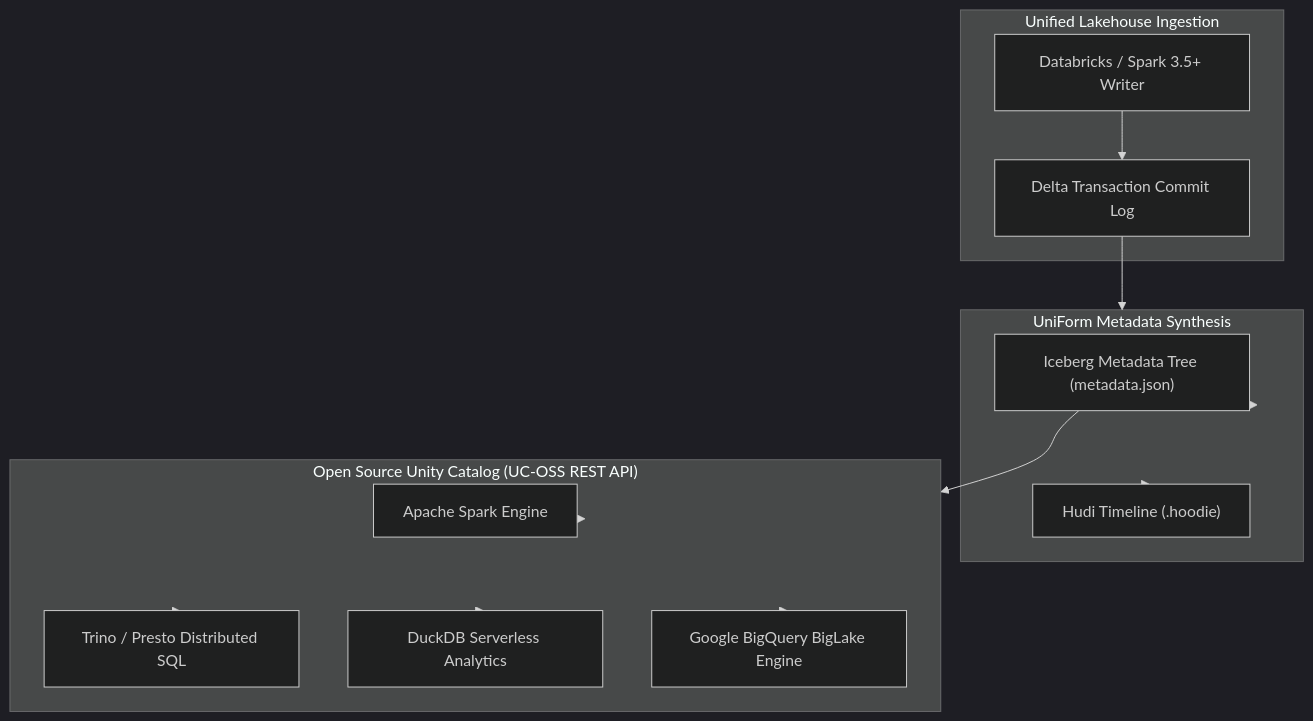
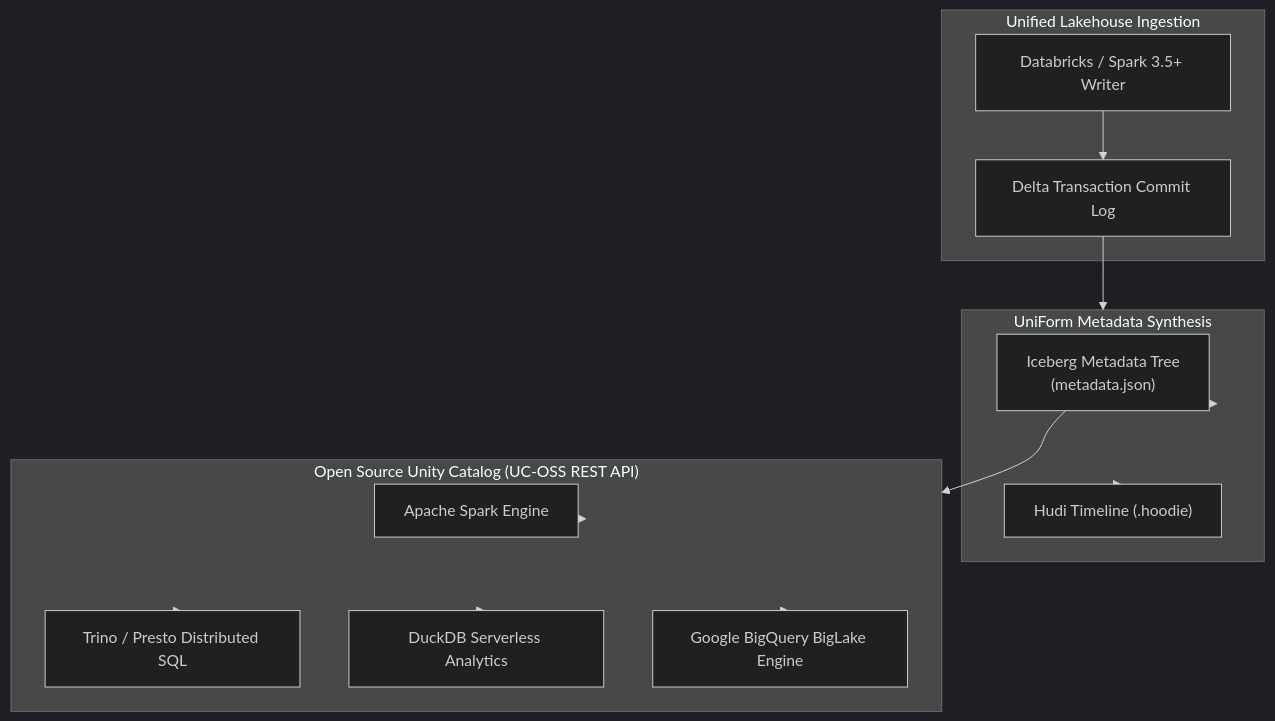
Before and after one commit to santoshjammi29/data-system-design-handbook: the second of 2 diagrams in architectures/01_storage_format_tradeoff_matrix_delta_iceberg_hudi.md, drawn with Mermaid (dark theme). The commit also changed other lines of this file and 15 other files, not shown here.

Commit message:
fix(diagrams): word-wrap labels and escape comparison operators across all diagrams

````diff
--- a/architectures/01_storage_format_tradeoff_matrix_delta_iceberg_hudi.md
+++ b/architectures/01_storage_format_tradeoff_matrix_delta_iceberg_hudi.md
@@ -97,24 +97,24 @@
 ```mermaid
 flowchart TD
     subgraph DataWrite["Unified Lakehouse Ingestion"]
         Engine["Databricks / Spark 3.5+ Writer"]
         DeltaLog["Delta Transaction Commit Log"]
     end
 
     subgraph UniFormAsync["UniForm Metadata Synthesis"]
-        IcebergSync["Iceberg Metadata Tree (metadata.json)"]
+        IcebergSync["Iceberg Metadata Tree<br/>(metadata.json)"]
         HudiSync["Hudi Timeline (.hoodie)"]
     end
 
     subgraph OpenCatalog["Open Source Unity Catalog (UC-OSS REST API)"]
         SparkEng["Apache Spark Engine"]
         TrinoEng["Trino / Presto Distributed SQL"]
         DuckDBEng["DuckDB Serverless Analytics"]
         BigQueryEng["Google BigQuery BigLake Engine"]
     end
 
     Engine --> DeltaLog --> UniFormAsync
     UniFormAsync --> IcebergSync & HudiSync
     IcebergSync --> OpenCatalog
     OpenCatalog --> SparkEng & TrinoEng & DuckDBEng & BigQueryEng
 ```
````
